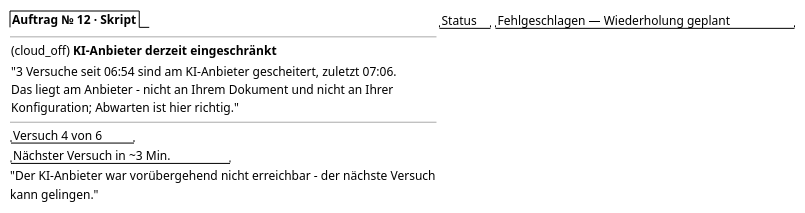
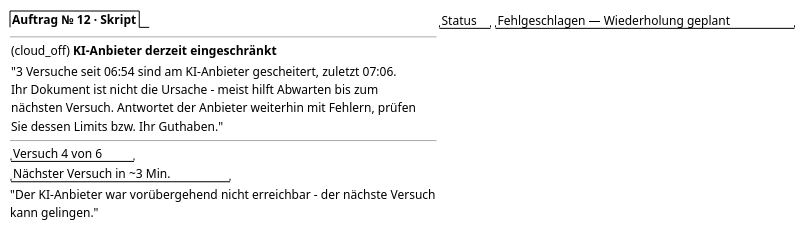
The fourth of 4 diagrams in docs/design/screens/ai-import-jobs.md (tradem/breakdown-rs), drawn with PlantUML before and after one commit. The commit also changed other lines of this file and 25 other files, not shown here.

````diff
--- a/docs/design/screens/ai-import-jobs.md
+++ b/docs/design/screens/ai-import-jobs.md
@@ -441,19 +441,20 @@
 ```plantuml
 @startsalt
 {
   {/ <b>Auftrag № 12 · Skript} |
     { "Status" | "Fehlgeschlagen — Wiederholung geplant" }
     --
     { (cloud_off) **KI-Anbieter derzeit eingeschränkt** }
     { "3 Versuche seit 06:54 sind am KI-Anbieter gescheitert, zuletzt 07:06.
-      Das liegt am Anbieter – nicht an Ihrem Dokument und nicht an Ihrer
-      Konfiguration; Abwarten ist hier richtig." }
+      Ihr Dokument ist nicht die Ursache – meist hilft Abwarten bis zum
+      nächsten Versuch. Antwortet der Anbieter weiterhin mit Fehlern, prüfen
+      Sie dessen Limits bzw. Ihr Guthaben." }
     --
     "Versuch 4 von 6"
     "Nächster Versuch in ~3 Min."
     "Der KI-Anbieter war vorübergehend nicht erreichbar – der nächste Versuch
      kann gelingen."
   }
 }
 @endsalt
 ```
````
